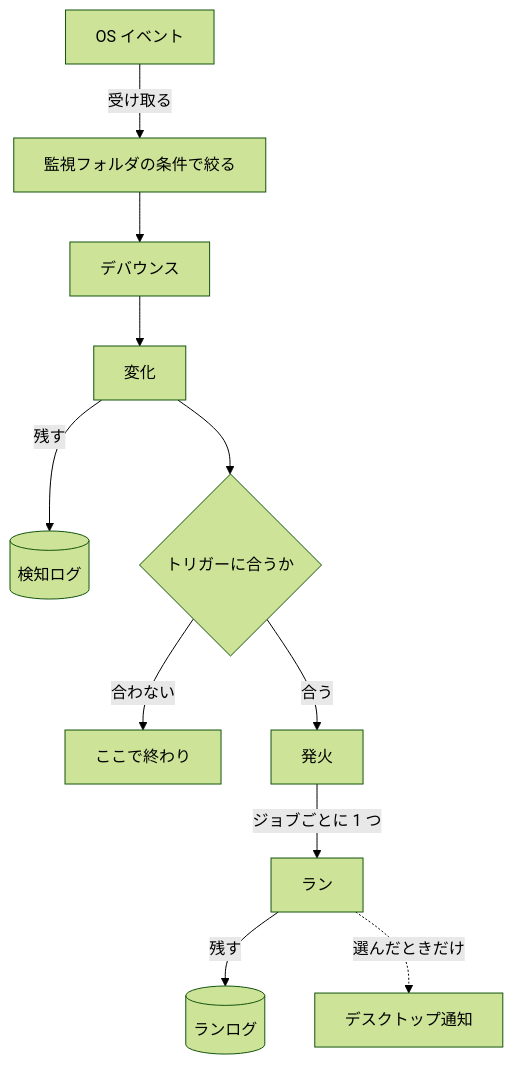
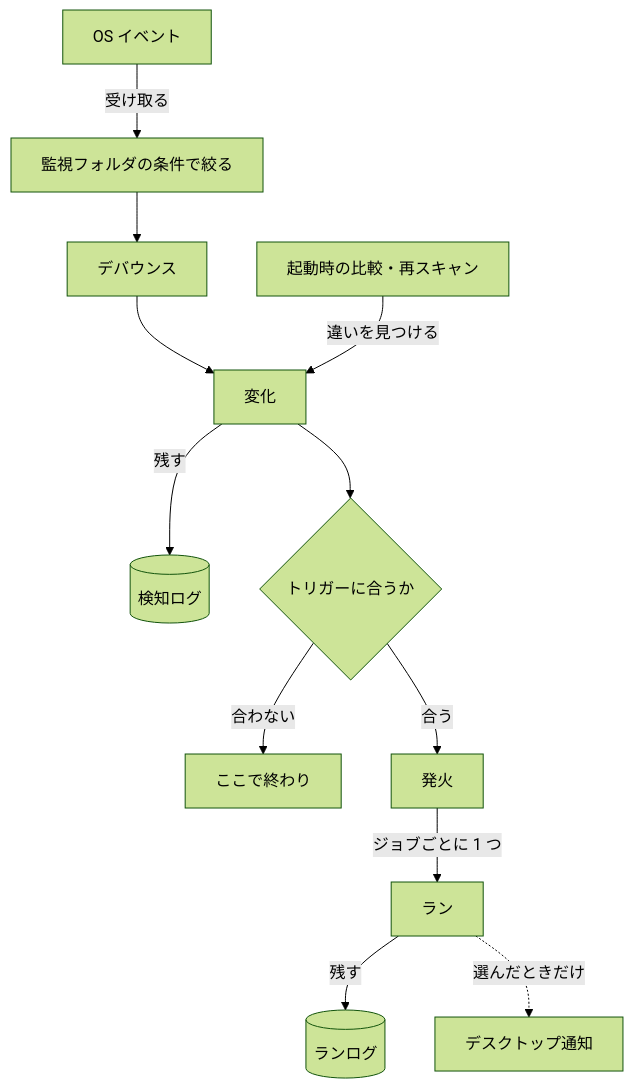
Before and after one commit to capypara20/Foxonar: the second of 3 diagrams in docs/design.ja.md, drawn with Mermaid (forest theme). The commit also changed other lines of this file and 2 other files, not shown here.

````diff
--- a/docs/design.ja.md
+++ b/docs/design.ja.md
@@ -77,13 +77,14 @@
 ```mermaid
 flowchart TD
   os["OS イベント"] -->|受け取る| narrow["監視フォルダの条件で絞る"]
   narrow --> deb["デバウンス"]
   deb --> change["変化"]
+  scan["起動時の比較・再スキャン"] -->|違いを見つける| change
   change -->|残す| dlog[("検知ログ")]
   change --> match{"トリガーに合うか"}
   match -->|合わない| stop["ここで終わり"]
   match -->|合う| firing["発火"]
   firing -->|ジョブごとに 1 つ| run["ラン"]
   run -->|残す| rlog[("ランログ")]
   run -.->|選んだときだけ| toast["デスクトップ通知"]
 ```
````
